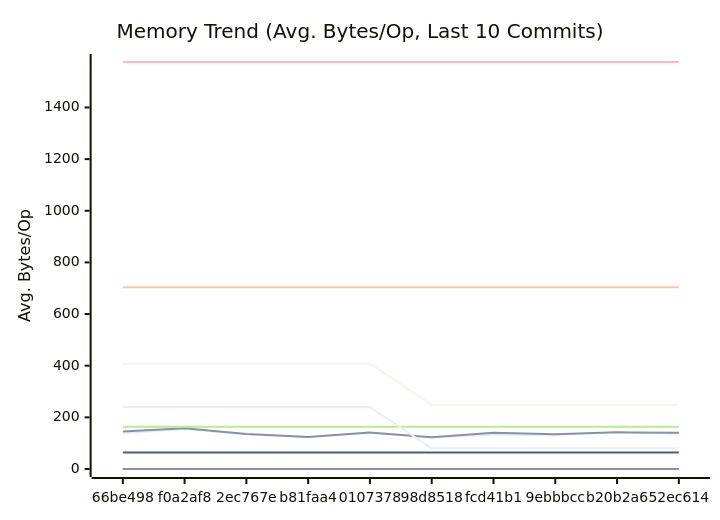
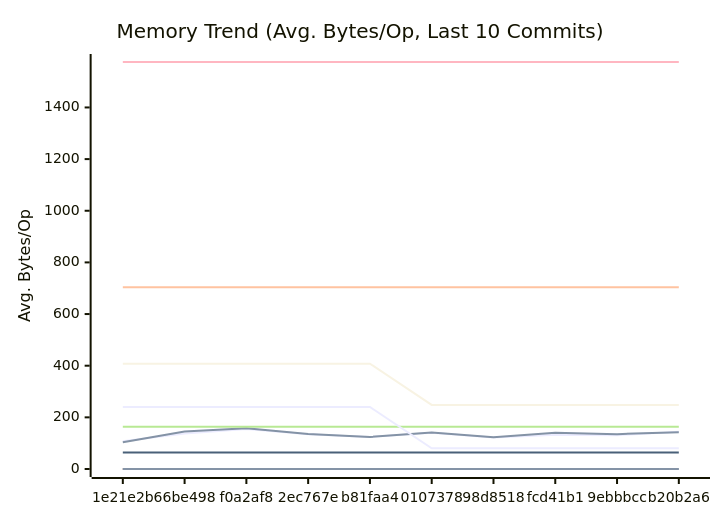
One commit to alsotoes/momo changed the second of 3 diagrams in docs/PERFORMANCE.md. Above: the diagram before and after it, drawn with Mermaid. The commit also changed other lines of this file and 1 other file, not shown here.

````diff
--- a/docs/PERFORMANCE.md
+++ b/docs/PERFORMANCE.md
@@ -171,20 +171,20 @@
 ```mermaid
 xychart-beta
     title "Memory Trend (Avg. Bytes/Op, Last 10 Commits)"
     x-axis "Commit"
     y-axis "Avg. Bytes/Op"
-    x-axis [66be498,f0a2af8,2ec767e,b81faa4,0107378,98d8518,fcd41b1,9ebbbcc,b20b2a6,52ec614]
-    line "AWSChunkedReaderSigned" [137,155,135,124,140,122,133,131,144,136]
-    line "AWSChunkedReaderUnsigned" [145,158,136,124,141,123,140,135,142,140]
+    x-axis [1e21e2b,66be498,f0a2af8,2ec767e,b81faa4,0107378,98d8518,fcd41b1,9ebbbcc,b20b2a6]
+    line "AWSChunkedReaderSigned" [107,137,155,135,124,140,122,133,131,144]
+    line "AWSChunkedReaderUnsigned" [104,145,158,136,124,141,123,140,135,142]
     line "CheckMetricsAndSwap" [0,0,0,0,0,0,0,0,0,0]
     line "CrushOptimized" [0,0,0,0,0,0,0,0,0,0]
     line "CrushOriginal" [164,164,164,164,164,164,164,164,164,164]
     line "IndexDirectTracking" [0,0,0,0,0,0,0,0,0,0]
     line "IndexSearch" [0,0,0,0,0,0,0,0,0,0]
     line "LoadGlobalConfig" [1576,1576,1576,1576,1576,1576,1576,1576,1576,1576]
     line "PadString" [64,64,64,64,64,64,64,64,64,64]
     line "ParseReplicationOrder_NoPrealloc" [408,408,408,408,408,248,248,248,248,248]
     line "ParseReplicationOrder_Prealloc" [240,240,240,240,240,80,80,80,80,80]
     line "SanitizeLog/Safe" [0,0,0,0,0,0,0,0,0,0]
     line "SanitizeLog/Unsafe" [704,704,704,704,704,704,704,704,704,704]
 ```
````
